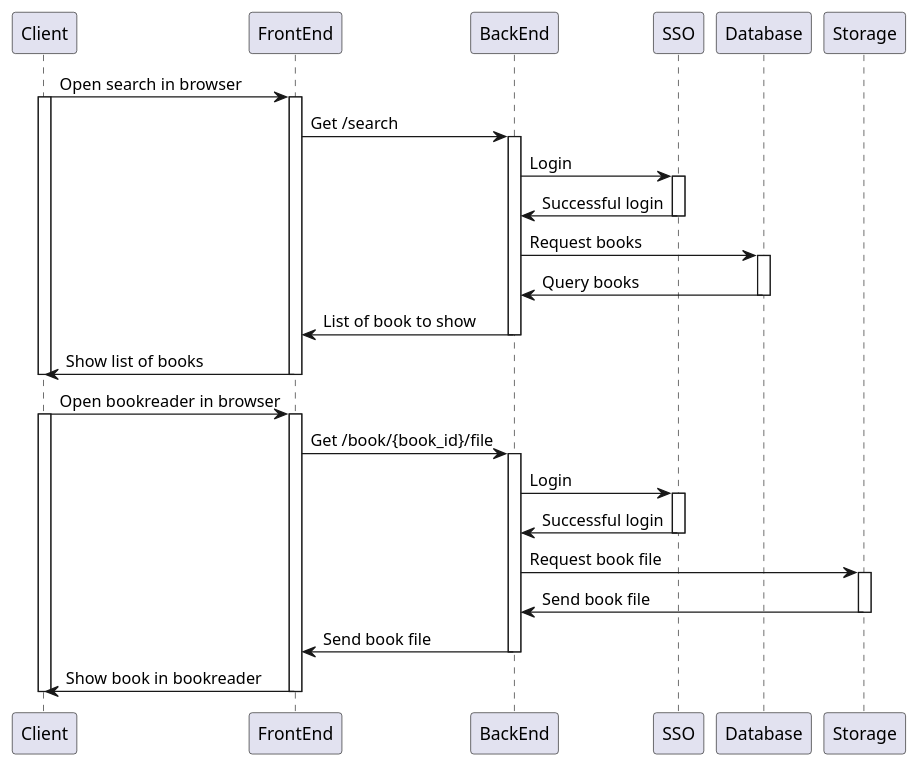
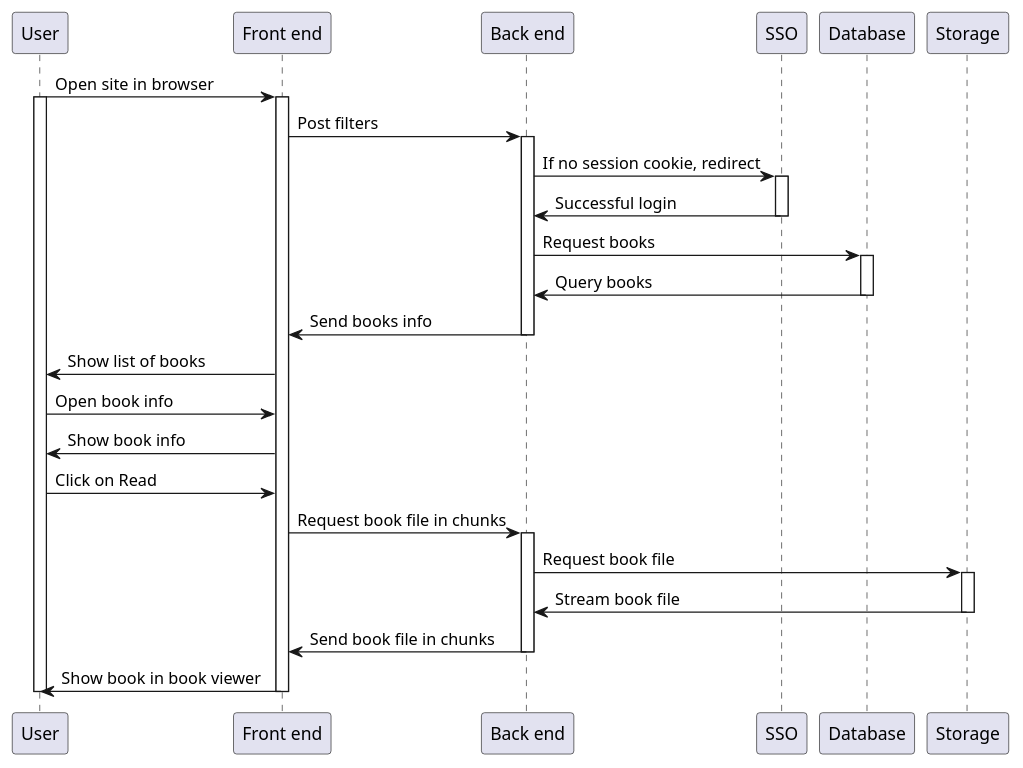
The diagram in diagrams/dynamic.puml (deemp/elibrary), drawn with PlantUML before and after one commit. The commit also changed 1 other file, not shown here.

```diff
--- a/diagrams/dynamic.puml
+++ b/diagrams/dynamic.puml
@@ -1,47 +1,41 @@
 @startuml dynamic
 
-participant Client
-participant FrontEnd
-participant BackEnd
+participant "User" as Client
+participant "Front end" as FrontEnd
+participant "Back end" as BackEnd
 participant SSO
 participant Database
 
-Client -> FrontEnd : Open search in browser
+Client -> FrontEnd : Open site in browser
 activate Client
 activate FrontEnd
-FrontEnd -> BackEnd : Get /search
+FrontEnd -> BackEnd : Post filters
 activate BackEnd
-BackEnd -> SSO : Login
+BackEnd -> SSO : If no session cookie, redirect
 activate SSO
 SSO -> BackEnd : Successful login
 deactivate SSO
 BackEnd -> Database : Request books
 activate Database
 Database -> BackEnd : Query books
 deactivate Database
-BackEnd -> FrontEnd : List of book to show
+BackEnd -> FrontEnd : Send books info
 deactivate BackEnd
 FrontEnd -> Client : Show list of books
-deactivate FrontEnd
-deactivate Client
 
-Client -> FrontEnd : Open bookreader in browser
-activate Client
-activate FrontEnd
-FrontEnd -> BackEnd : Get /book/{book_id}/file
+Client -> FrontEnd : Open book info
+FrontEnd -> Client : Show book info
+Client -> FrontEnd : Click on Read
+FrontEnd -> BackEnd : Request book file in chunks
 activate BackEnd
-BackEnd -> SSO : Login
-activate SSO
-SSO -> BackEnd : Successful login
-deactivate SSO
 BackEnd -> Storage : Request book file
 activate Storage
-Storage -> BackEnd : Send book file
+Storage -> BackEnd : Stream book file
 deactivate Storage
-BackEnd -> FrontEnd : Send book file
+BackEnd -> FrontEnd : Send book file in chunks
 deactivate BackEnd
-FrontEnd -> Client : Show book in bookreader
+FrontEnd -> Client : Show book in book viewer
 deactivate FrontEnd
 deactivate Client
 
 @enduml
```
